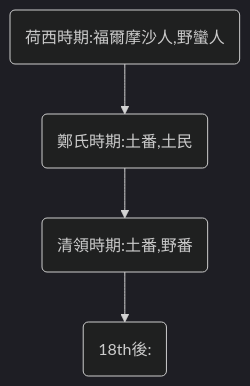
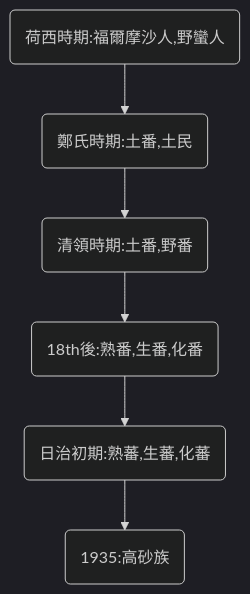
Before and after one commit to Ethane1755/Obsidian: the diagram in Zettelkasten/原住民名稱分類.md, drawn with Mermaid (dark theme).

Commit message:
Obsidian Backup 2021-10-10 11:19
Affected files:
"Zettelkasten/\345\216\237\344\275\217\346\260\221\345\220\215\347\250\261\345\210\206\351\241\236.md"

````diff
--- a/Zettelkasten/原住民名稱分類.md
+++ b/Zettelkasten/原住民名稱分類.md
@@ -4,5 +4,5 @@
 ```mermaid
 graph TD
-id1(荷西時期:福爾摩沙人,野蠻人)-->id2(鄭氏時期:土番,土民)-->id3(清領時期:土番,野番)-->id4(18th後:)
+id1(荷西時期:福爾摩沙人,野蠻人)-->id2(鄭氏時期:土番,土民)-->id3(清領時期:土番,野番)-->id4(18th後:熟番,生番,化番)-->id5(日治初期:熟蕃,生蕃,化蕃)-->id6(1935:高砂族)
 
 ```
````
